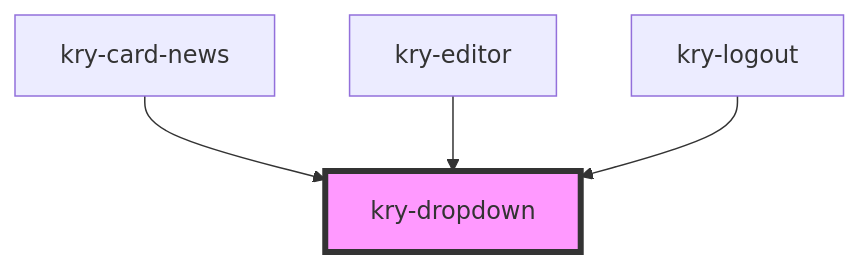
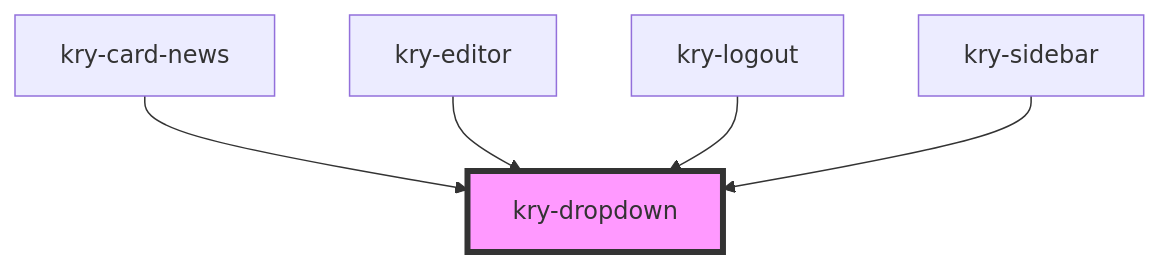
One commit to nathan2slime/spacekrypton-legacy changed the diagram in libs/core/src/components/dropdown/readme.md. Above: the diagram before and after it, drawn with Mermaid. The commit also changed other lines of this file and 57 other files, not shown here.

````diff
--- a/libs/core/src/components/dropdown/readme.md
+++ b/libs/core/src/components/dropdown/readme.md
@@ -28,7 +31,8 @@
 ```mermaid
 graph TD;
   kry-card-news --> kry-dropdown
   kry-editor --> kry-dropdown
   kry-logout --> kry-dropdown
+  kry-sidebar --> kry-dropdown
   style kry-dropdown fill:#f9f,stroke:#333,stroke-width:4px
 ```
````
